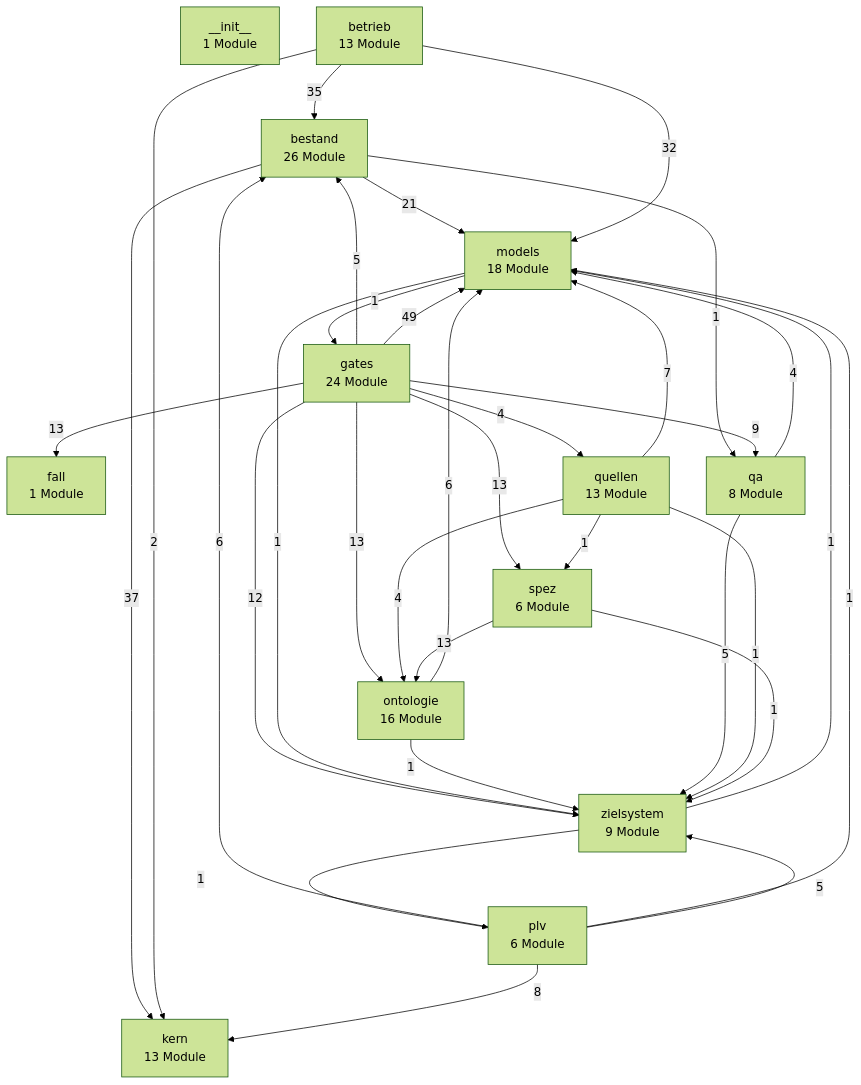
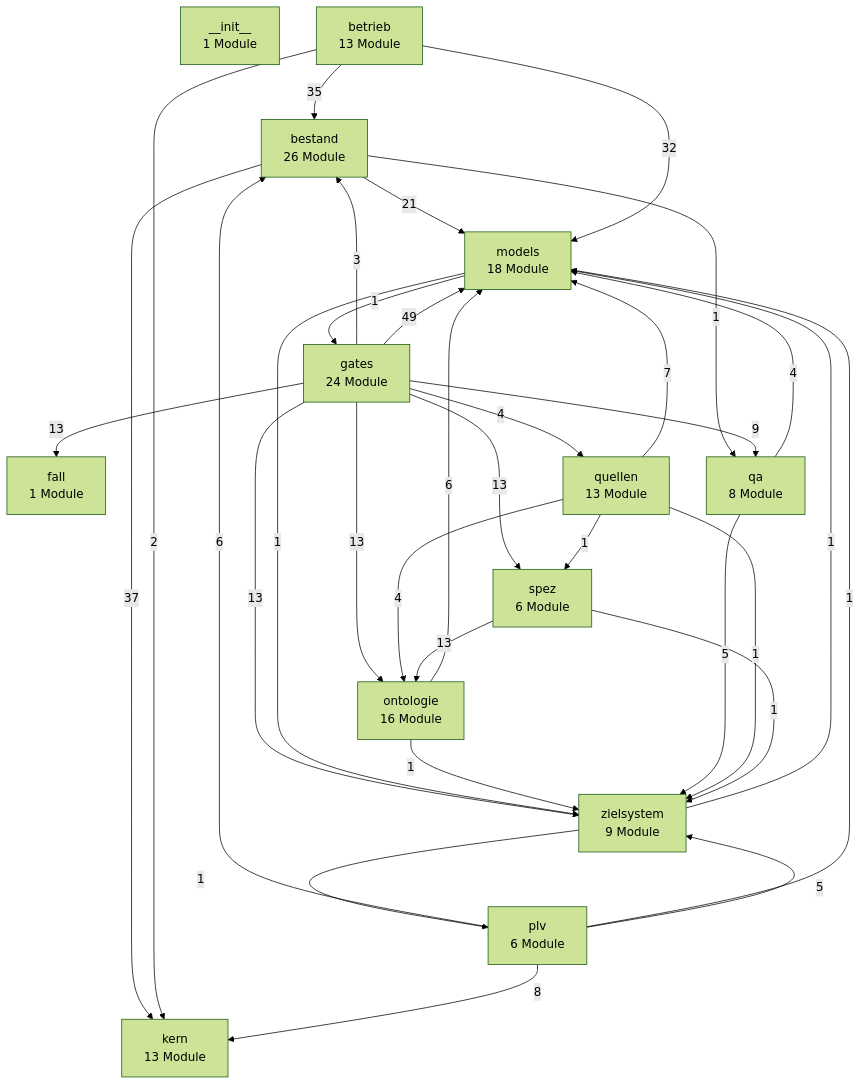
The first of 3 diagrams in docs/architektur/landkarte.md (bartlmac/rechner-pipeline), drawn with Mermaid (forest theme) before and after one commit. The commit also changed other lines of this file and 11 other files, not shown here.

First line of the commit message:
zielsystem: Bestandspruefung der Gates ueber den Vertrag binden

````diff
--- a/docs/architektur/landkarte.md
+++ b/docs/architektur/landkarte.md
@@ -36,49 +36,49 @@
 ```mermaid
 %% Schichten — erzeugt von ontologie.landkarte
 flowchart TD
     n__init__["__init__<br/>1 Module"]
     bestand["bestand<br/>26 Module"]
     betrieb["betrieb<br/>13 Module"]
     fall["fall<br/>1 Module"]
     gates["gates<br/>24 Module"]
     kern["kern<br/>13 Module"]
     models["models<br/>18 Module"]
     ontologie["ontologie<br/>16 Module"]
     plv["plv<br/>6 Module"]
     qa["qa<br/>8 Module"]
     quellen["quellen<br/>13 Module"]
     spez["spez<br/>6 Module"]
     zielsystem["zielsystem<br/>9 Module"]
     bestand -- 37 --> kern
     bestand -- 21 --> models
     bestand -- 1 --> qa
     betrieb -- 35 --> bestand
     betrieb -- 2 --> kern
     betrieb -- 32 --> models
-    gates -- 5 --> bestand
+    gates -- 3 --> bestand
     gates -- 13 --> fall
     gates -- 49 --> models
     gates -- 13 --> ontologie
     gates -- 9 --> qa
     gates -- 4 --> quellen
     gates -- 13 --> spez
-    gates -- 12 --> zielsystem
+    gates -- 13 --> zielsystem
     models -- 1 --> gates
     models -- 1 --> zielsystem
     ontologie -- 6 --> models
     ontologie -- 1 --> zielsystem
     plv -- 6 --> bestand
     plv -- 8 --> kern
     plv -- 1 --> models
     plv -- 5 --> zielsystem
     qa -- 4 --> models
     qa -- 5 --> zielsystem
     quellen -- 7 --> models
     quellen -- 4 --> ontologie
     quellen -- 1 --> spez
     quellen -- 1 --> zielsystem
     spez -- 13 --> ontologie
     spez -- 1 --> zielsystem
     zielsystem -- 1 --> models
     zielsystem -- 1 --> plv
 ```
````
